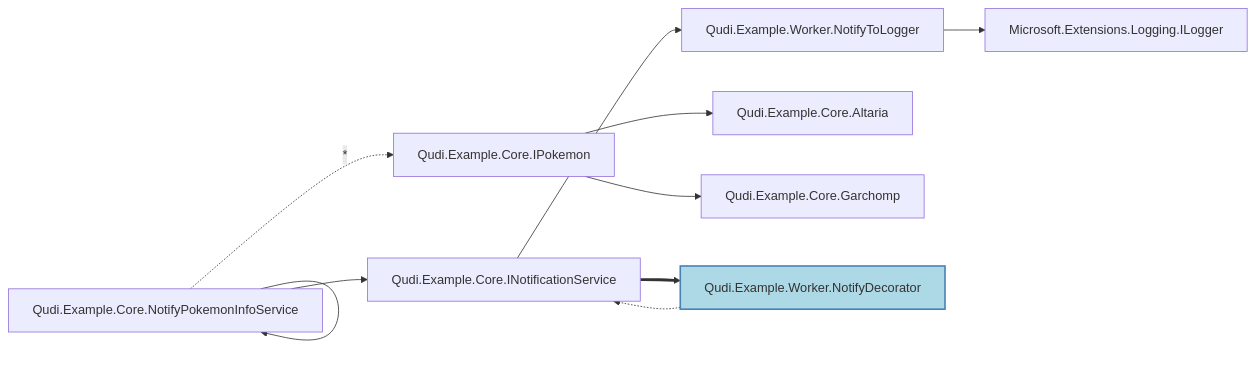
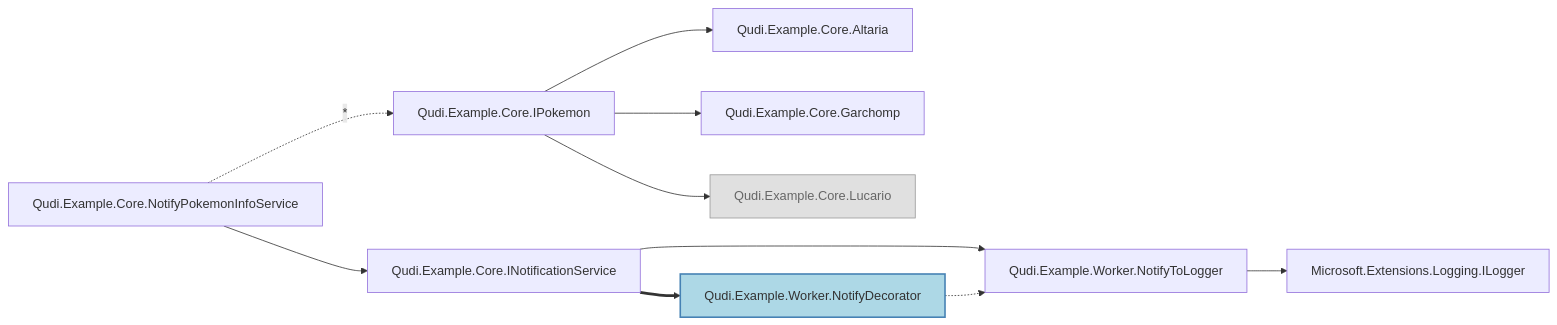
Before and after one commit to arika0093/Qudi: the diagram in examples/Qudi.Example.SimpleCase.Worker/assets/visualization_output.mermaid, drawn with Mermaid. The commit also changed 13 other files, not shown here.

```diff
--- a/examples/Qudi.Example.SimpleCase.Worker/assets/visualization_output.mermaid
+++ b/examples/Qudi.Example.SimpleCase.Worker/assets/visualization_output.mermaid
@@ -1,20 +1,23 @@
-graph LR
+flowchart LR
     Qudi_Example_Worker_NotifyToLogger["Qudi.Example.Worker.NotifyToLogger"]
     Qudi_Example_Core_INotificationService["Qudi.Example.Core.INotificationService"]
     Microsoft_Extensions_Logging_ILogger_Qudi_Example_Worker_NotifyToLogger_["Microsoft.Extensions.Logging.ILogger<Qudi.Example.Worker.NotifyToLogger>"]
     Qudi_Example_Core_NotifyPokemonInfoService["Qudi.Example.Core.NotifyPokemonInfoService"]
     Qudi_Example_Core_IPokemon["Qudi.Example.Core.IPokemon"]
     Qudi_Example_Core_Altaria["Qudi.Example.Core.Altaria"]
     Qudi_Example_Core_Garchomp["Qudi.Example.Core.Garchomp"]
+    Qudi_Example_Core_Lucario["Qudi.Example.Core.Lucario"]
     Qudi_Example_Worker_NotifyDecorator["Qudi.Example.Worker.NotifyDecorator"]
     Qudi_Example_Core_INotificationService --> Qudi_Example_Worker_NotifyToLogger
     Qudi_Example_Worker_NotifyToLogger --> Microsoft_Extensions_Logging_ILogger_Qudi_Example_Worker_NotifyToLogger_
-    Qudi_Example_Core_NotifyPokemonInfoService --> Qudi_Example_Core_NotifyPokemonInfoService
     Qudi_Example_Core_NotifyPokemonInfoService -.->|"*"| Qudi_Example_Core_IPokemon
     Qudi_Example_Core_NotifyPokemonInfoService --> Qudi_Example_Core_INotificationService
     Qudi_Example_Core_IPokemon --> Qudi_Example_Core_Altaria
     Qudi_Example_Core_IPokemon --> Qudi_Example_Core_Garchomp
+    Qudi_Example_Core_IPokemon --> Qudi_Example_Core_Lucario
     Qudi_Example_Core_INotificationService ==> Qudi_Example_Worker_NotifyDecorator
-    Qudi_Example_Worker_NotifyDecorator -.-> Qudi_Example_Core_INotificationService
+    Qudi_Example_Worker_NotifyDecorator -.-> Qudi_Example_Worker_NotifyToLogger
     classDef decorator fill:#add8e6,stroke:#4682b4,stroke-width:2px;
     class Qudi_Example_Worker_NotifyDecorator decorator;
+    classDef unmatched fill:#e0e0e0,stroke:#999,stroke-width:1px,color:#666;
+    class Qudi_Example_Core_Lucario unmatched;
```
